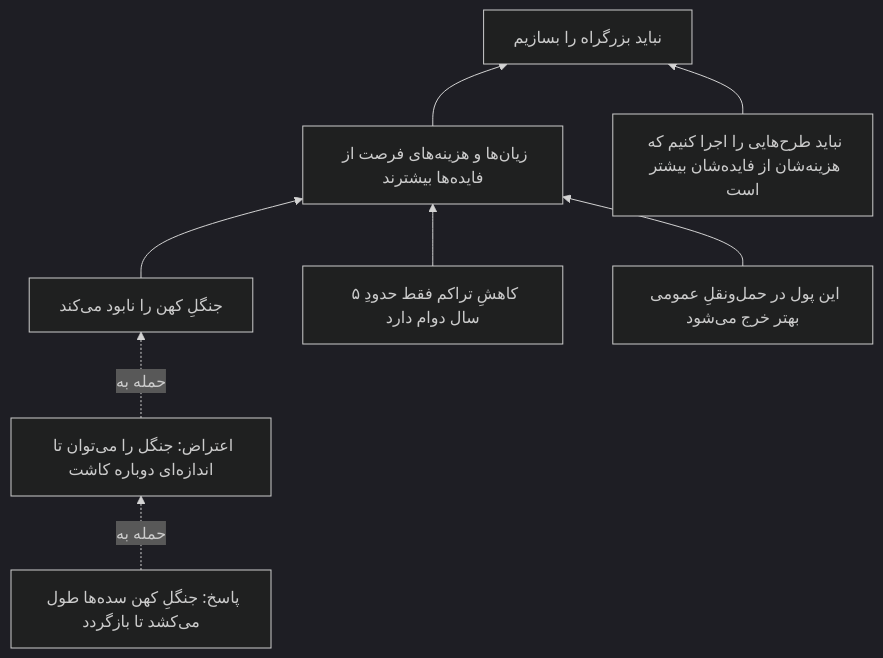
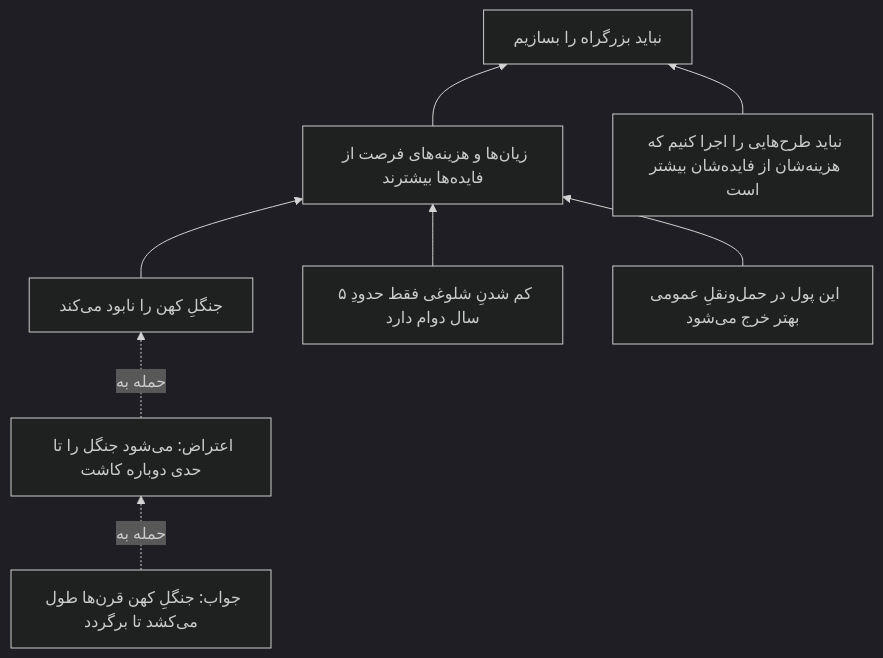
The first of 2 diagrams in guide/fa/03-logic-and-arguments.md (Rhadadi/epis), drawn with Mermaid (dark theme) before and after one commit. The commit also changed other lines of this file and 15 other files, not shown here.

````diff
--- a/guide/fa/03-logic-and-arguments.md
+++ b/guide/fa/03-logic-and-arguments.md
@@ -495,11 +495,11 @@
 ```mermaid
 flowchart BT
     P1["جنگلِ کهن را نابود می‌کند"] --> P5
-    P2["کاهشِ تراکم فقط حدودِ ۵ سال دوام دارد"] --> P5
+    P2["کم شدنِ شلوغی فقط حدودِ ۵ سال دوام دارد"] --> P5
     P3["این پول در حمل‌ونقلِ عمومی بهتر خرج می‌شود"] --> P5
     P5["زیان‌ها و هزینه‌های فرصت از فایده‌ها بیشترند"] --> C
     P4["نباید طرح‌هایی را اجرا کنیم که هزینه‌شان از فایده‌شان بیشتر است"] --> C
     C["نباید بزرگراه را بسازیم"]
-    O1["اعتراض: جنگل را می‌توان تا اندازه‌ای دوباره کاشت"] -.->|حمله به| P1
-    R1["پاسخ: جنگلِ کهن سده‌ها طول می‌کشد تا بازگردد"] -.->|حمله به| O1
+    O1["اعتراض: می‌شود جنگل را تا حدی دوباره کاشت"] -.->|حمله به| P1
+    R1["جواب: جنگلِ کهن قرن‌ها طول می‌کشد تا برگردد"] -.->|حمله به| O1
 ```
````
